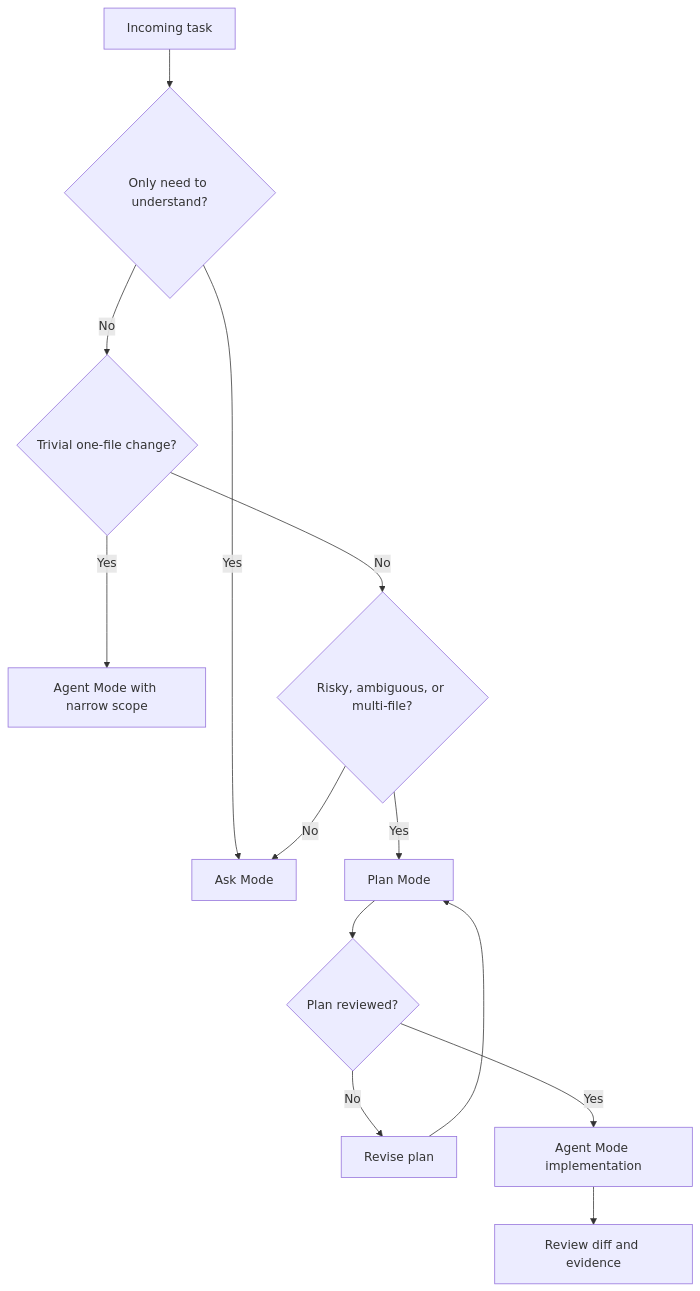
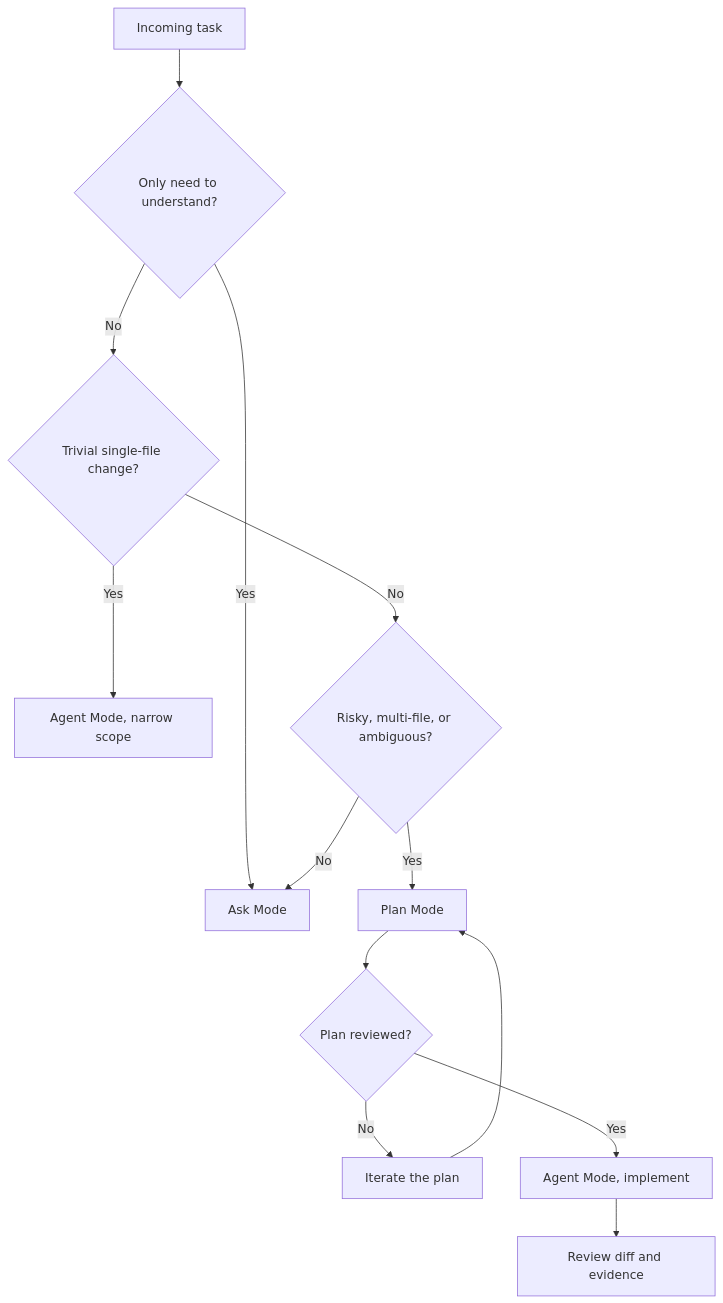
Before and after one commit to huangyingting/copilot-ml: the diagram in docs/02-three-modes.md, drawn with Mermaid. The commit also changed other lines of this file and 4 other files, not shown here.

````diff
--- a/docs/02-three-modes.md
+++ b/docs/02-three-modes.md
@@ -270,15 +253,15 @@
 ```mermaid
 flowchart TD
-	A[Incoming task] --> B{Only need to understand?}
-	B -->|Yes| C[Ask Mode]
-	B -->|No| D{Trivial one-file change?}
-	D -->|Yes| E[Agent Mode with narrow scope]
-	D -->|No| F{Risky, ambiguous, or multi-file?}
-	F -->|Yes| G[Plan Mode]
-	F -->|No| C
-	G --> H{Plan reviewed?}
-	H -->|No| I[Revise plan]
-	I --> G
-	H -->|Yes| J[Agent Mode implementation]
-	J --> K[Review diff and evidence]
+  A[Incoming task] --> B{Only need to understand?}
+  B -->|Yes| C[Ask Mode]
+  B -->|No| D{Trivial single-file change?}
+  D -->|Yes| E[Agent Mode, narrow scope]
+  D -->|No| F{Risky, multi-file, or ambiguous?}
+  F -->|Yes| G[Plan Mode]
+  F -->|No| C
+  G --> H{Plan reviewed?}
+  H -->|No| I[Iterate the plan]
+  I --> G
+  H -->|Yes| J[Agent Mode, implement]
+  J --> K[Review diff and evidence]
 ```
````
